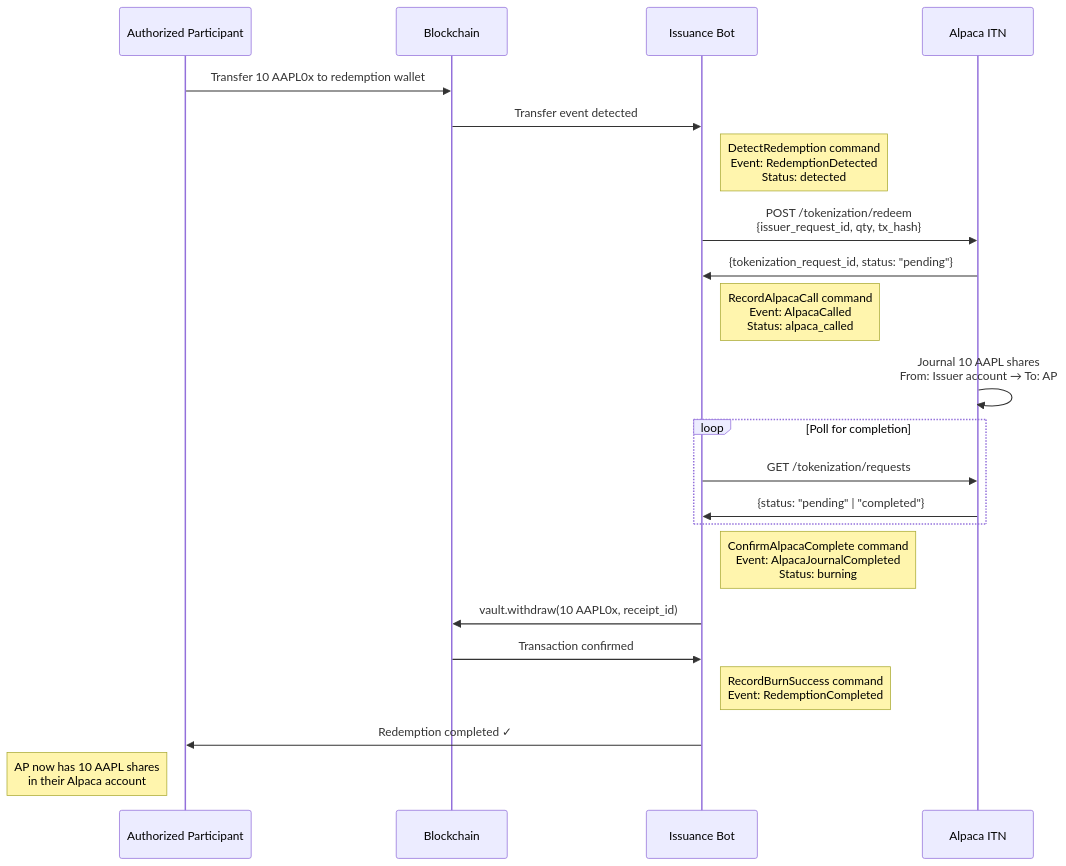
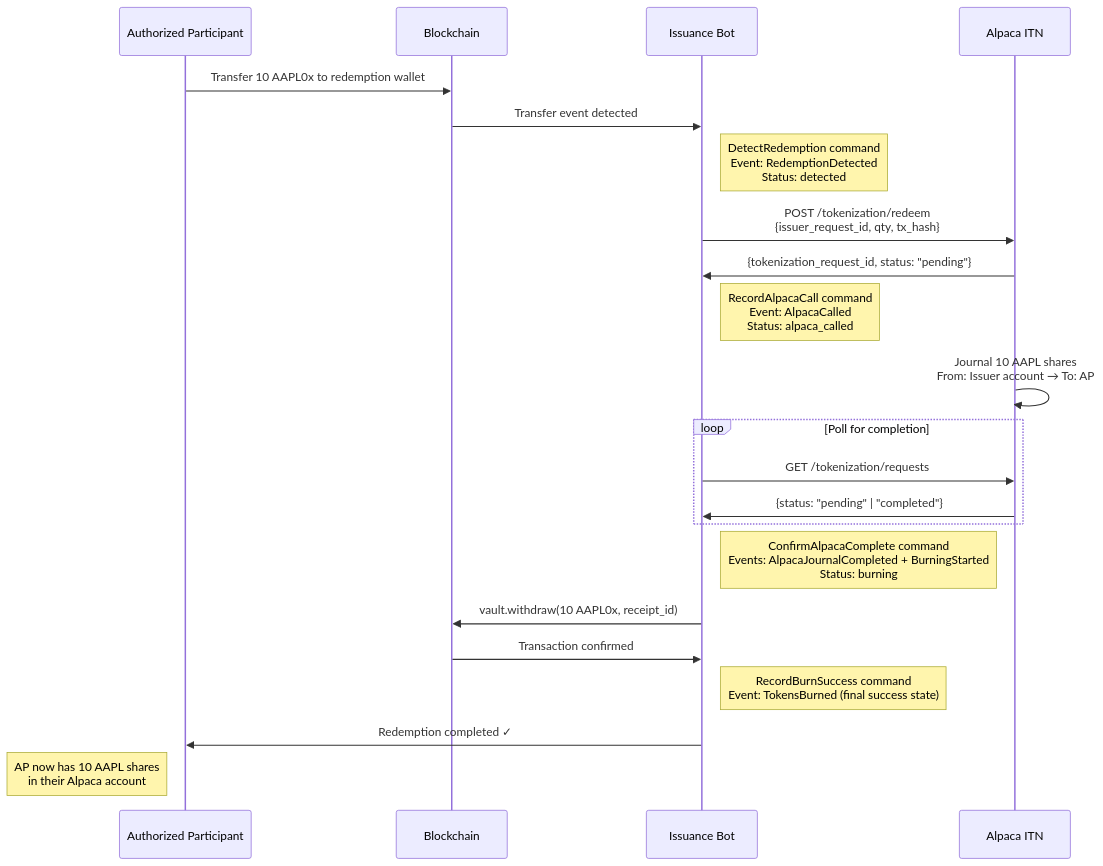
The fourth of 6 diagrams in SPEC.md (ST0x-Technology/st0x.issuance), drawn with Mermaid before and after one commit. The commit also changed other lines of this file and 5 other files, not shown here.

````diff
--- a/SPEC.md
+++ b/SPEC.md
@@ -770,31 +772,31 @@
 ```mermaid
 sequenceDiagram
     participant AP as Authorized Participant
     participant Blockchain as Blockchain
     participant Us as Issuance Bot
     participant Alpaca as Alpaca ITN
 
     AP->>Blockchain: Transfer 10 AAPL0x to redemption wallet
     Blockchain->>Us: Transfer event detected
     Note right of Us: DetectRedemption command<br/>Event: RedemptionDetected<br/>Status: detected
 
     Us->>Alpaca: POST /tokenization/redeem<br/>{issuer_request_id, qty, tx_hash}
     Alpaca->>Us: {tokenization_request_id, status: "pending"}
     Note right of Us: RecordAlpacaCall command<br/>Event: AlpacaCalled<br/>Status: alpaca_called
 
     Alpaca->>Alpaca: Journal 10 AAPL shares<br/>From: Issuer account → To: AP
 
     loop Poll for completion
         Us->>Alpaca: GET /tokenization/requests
         Alpaca->>Us: {status: "pending" | "completed"}
     end
 
-    Note right of Us: ConfirmAlpacaComplete command<br/>Event: AlpacaJournalCompleted<br/>Status: burning
+    Note right of Us: ConfirmAlpacaComplete command<br/>Events: AlpacaJournalCompleted + BurningStarted<br/>Status: burning
 
     Us->>Blockchain: vault.withdraw(10 AAPL0x, receipt_id)
     Blockchain->>Us: Transaction confirmed
-    Note right of Us: RecordBurnSuccess command<br/>Event: RedemptionCompleted
+    Note right of Us: RecordBurnSuccess command<br/>Event: TokensBurned (final success state)
 
     Us->>AP: Redemption completed ✓
     Note left of AP: AP now has 10 AAPL shares<br/>in their Alpaca account
 ```
````
